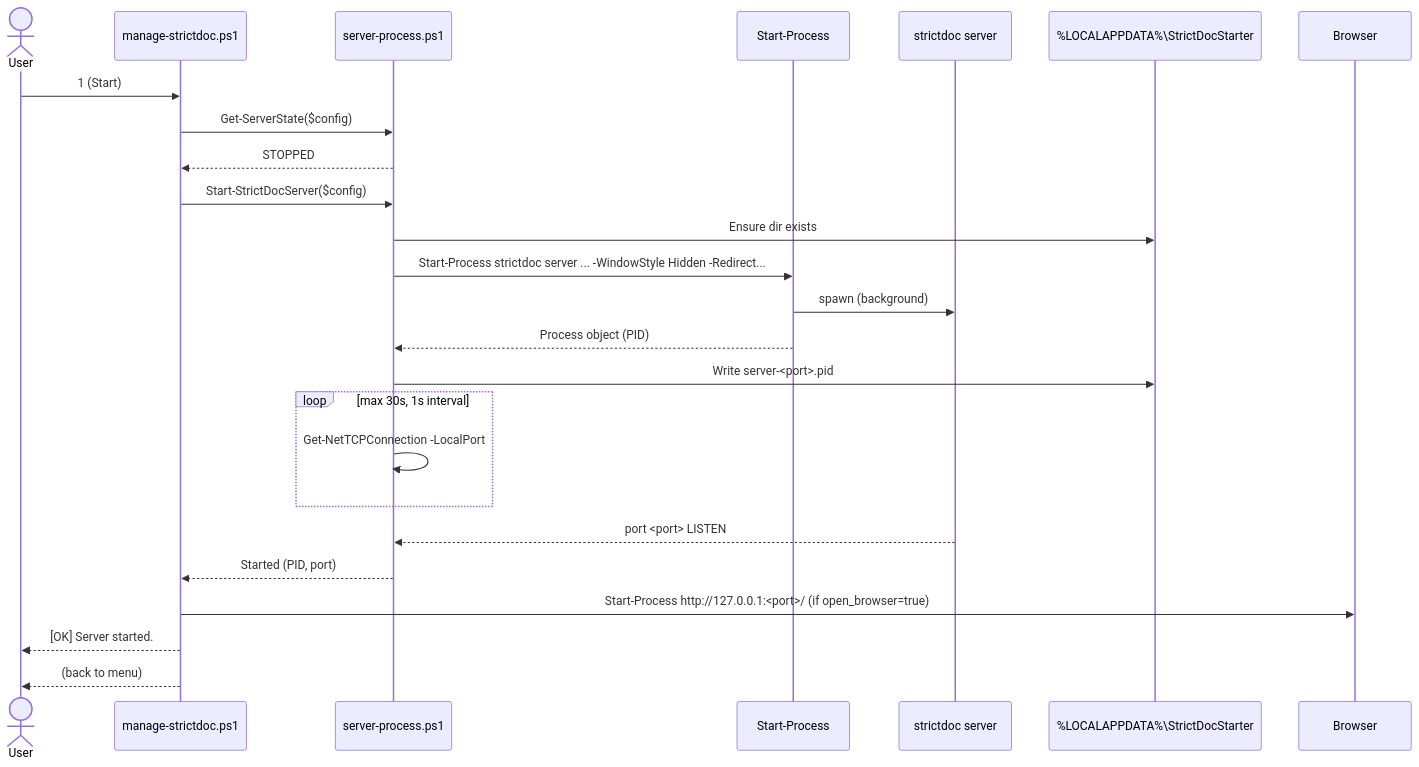
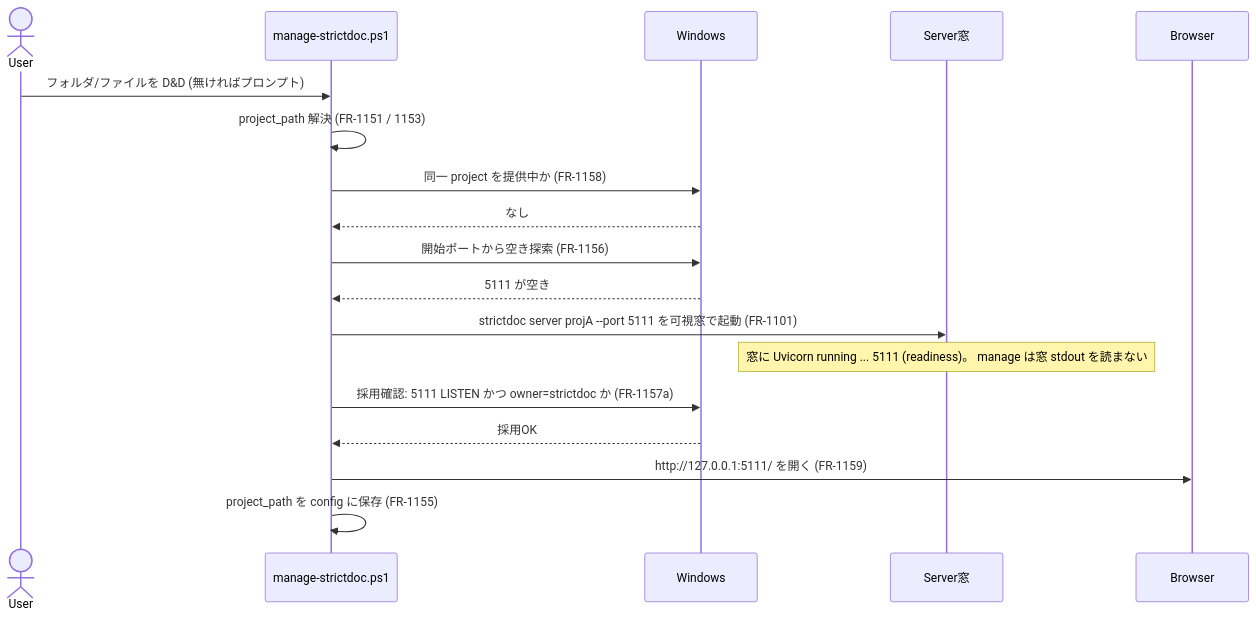
One commit to GoodRelax/StrictDocStarter changed the third of 6 diagrams in docs/serve-spec.md. Above: the diagram before and after it, drawn with Mermaid. The commit also changed other lines of this file, not shown here.

````diff
--- a/docs/serve-spec.md
+++ b/docs/serve-spec.md
@@ -468,28 +1192,20 @@
 ```mermaid
 sequenceDiagram
     actor User
-    participant Menu as manage-strictdoc.ps1
-    participant Proc as server-process.ps1
-    participant SP as Start-Process
-    participant Server as strictdoc server
-    participant FS as %LOCALAPPDATA%\StrictDocStarter
-    participant Browser
-
-    User->>Menu: 1 (Start)
-    Menu->>Proc: Get-ServerState($config)
-    Proc-->>Menu: STOPPED
-    Menu->>Proc: Start-StrictDocServer($config)
-    Proc->>FS: Ensure dir exists
-    Proc->>SP: Start-Process strictdoc server ... -WindowStyle Hidden -Redirect...
-    SP->>Server: spawn (background)
-    SP-->>Proc: Process object (PID)
-    Proc->>FS: Write server-<port>.pid
-    loop max 30s, 1s interval
-        Proc->>Proc: Get-NetTCPConnection -LocalPort
-    end
-    Server-->>Proc: port <port> LISTEN
-    Proc-->>Menu: Started (PID, port)
-    Menu->>Browser: Start-Process http://127.0.0.1:<port>/  (if open_browser=true)
-    Menu-->>User: [OK] Server started.
-    Menu-->>User: (back to menu)
+    participant M as manage-strictdoc.ps1
+    participant OS as Windows
+    participant SV as Server窓
+    participant BR as Browser
+    User->>M: フォルダ/ファイルを D&D (無ければプロンプト)
+    M->>M: project_path 解決 (FR-1151 / 1153)
+    M->>OS: 同一 project を提供中か (FR-1158)
+    OS-->>M: なし
+    M->>OS: 開始ポートから空き探索 (FR-1156)
+    OS-->>M: 5111 が空き
+    M->>SV: strictdoc server projA --port 5111 を可視窓で起動 (FR-1101)
+    Note over SV: 窓に Uvicorn running ... 5111 (readiness)。 manage は窓 stdout を読まない
+    M->>OS: 採用確認: 5111 LISTEN かつ owner=strictdoc か (FR-1157a)
+    OS-->>M: 採用OK
+    M->>BR: http://127.0.0.1:5111/ を開く (FR-1159)
+    M->>M: project_path を config に保存 (FR-1155)
 ```
````
